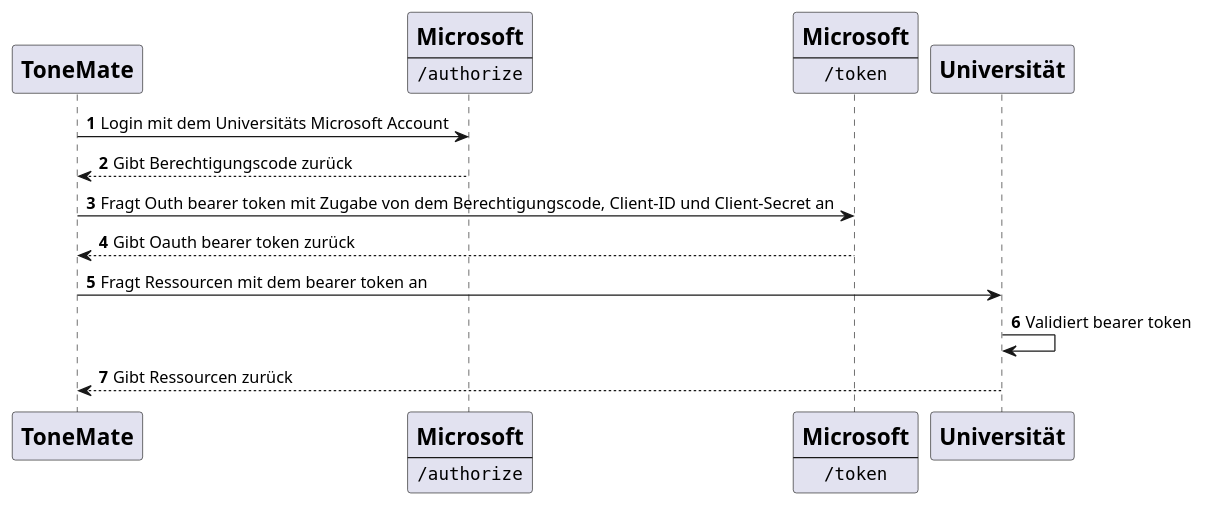
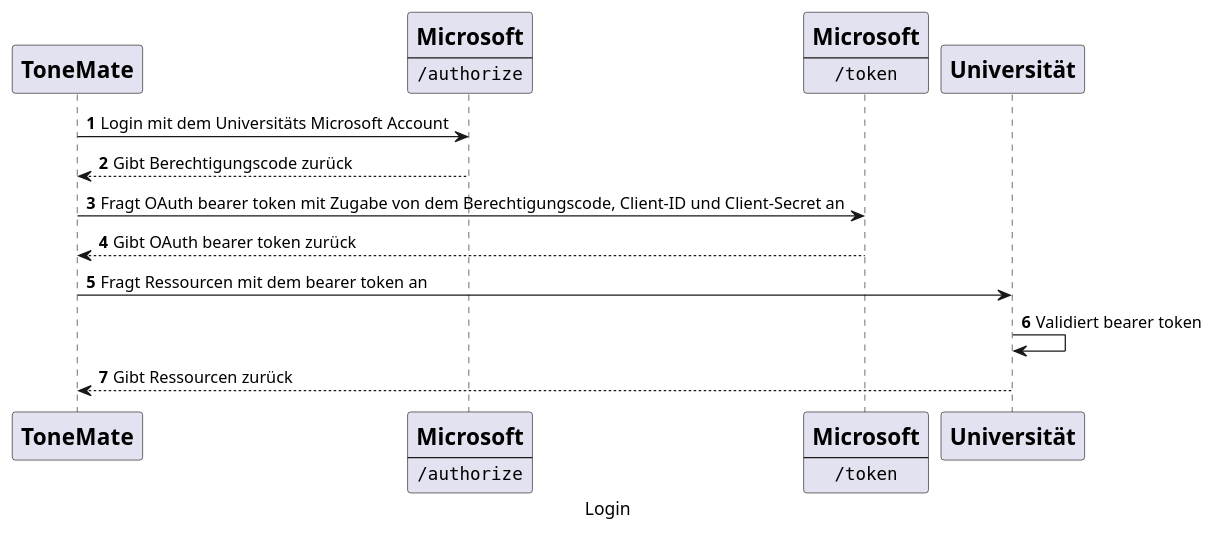
The diagram in diagrams/laufzeit_login.puml (BB223/sw-architecture), drawn with PlantUML before and after one commit. The commit also changed 18 other files, not shown here.

```diff
--- a/diagrams/laufzeit_login.puml
+++ b/diagrams/laufzeit_login.puml
@@ -1,29 +1,32 @@
 @startuml
+
+caption Login
+
 autonumber
 participant ToneMate [
     =ToneMate
 ]
 participant MicrosoftAuth [
     =Microsoft
     ----
     ""/authorize""
 ]
 participant MicrosoftToken [
     =Microsoft
     ----
     ""/token""
 ]
 participant Uni [
     =Universität
 ]
 
 ToneMate -> MicrosoftAuth: Login mit dem Universitäts Microsoft Account
 ToneMate <-- MicrosoftAuth: Gibt Berechtigungscode zurück
 
-ToneMate -> MicrosoftToken: Fragt Outh bearer token mit Zugabe von dem Berechtigungscode, Client-ID und Client-Secret an
-ToneMate <-- MicrosoftToken: Gibt Oauth bearer token zurück
+ToneMate -> MicrosoftToken: Fragt OAuth bearer token mit Zugabe von dem Berechtigungscode, Client-ID und Client-Secret an
+ToneMate <-- MicrosoftToken: Gibt OAuth bearer token zurück
 
 ToneMate -> Uni: Fragt Ressourcen mit dem bearer token an
 Uni -> Uni: Validiert bearer token
 ToneMate <-- Uni: Gibt Ressourcen zurück
 @enduml
```
